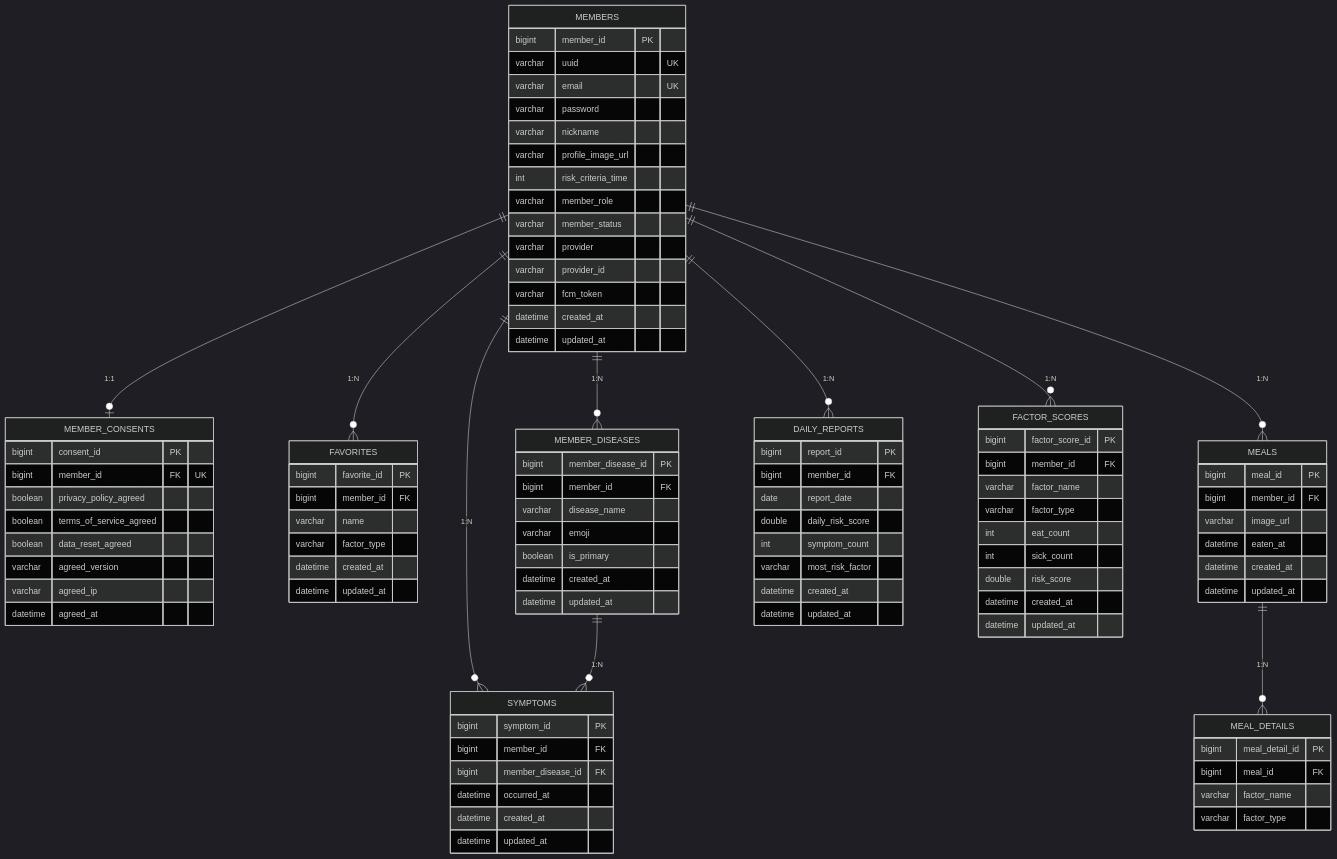
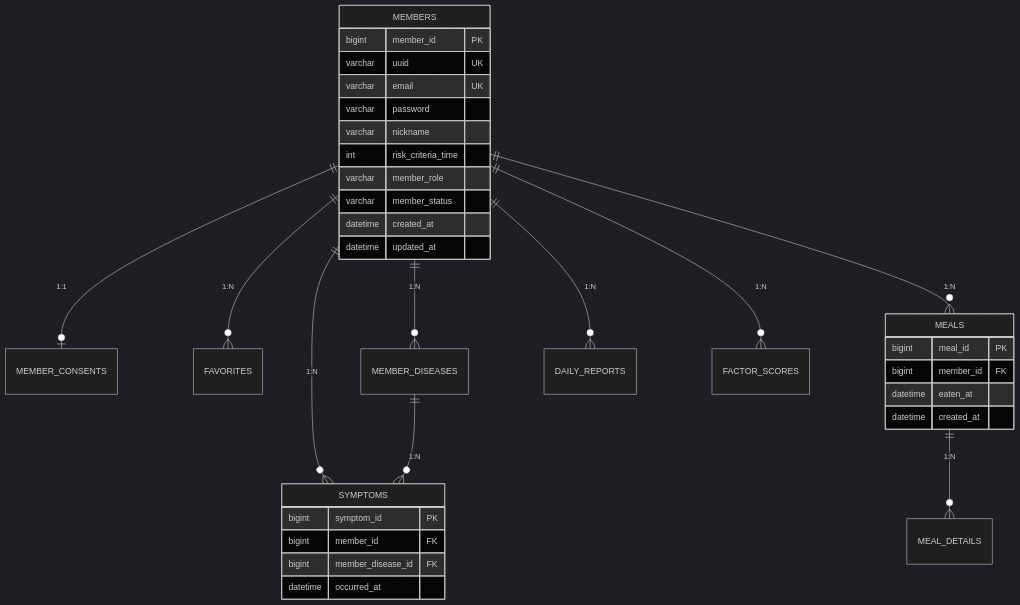
One commit to Bona-Stella/backend-docs-hub changed the diagram in welog/ERD_V1.0.md. Above: the diagram before and after it, drawn with Mermaid (dark theme). The commit also changed other lines of this file, not shown here.

````diff
--- a/welog/ERD_V1.0.md
+++ b/welog/ERD_V1.0.md
@@ -173,52 +38,17 @@
     MEMBERS ||--o{ FACTOR_SCORES : "1:N"
 
     MEALS ||--o{ MEAL_DETAILS : "1:N"
-
     MEMBER_DISEASES ||--o{ SYMPTOMS : "1:N"
 
     MEMBERS {
         bigint member_id PK
-        varchar uuid "UK"
-        varchar email "UK"
+        varchar uuid UK
+        varchar email UK
         varchar password
         varchar nickname
-        varchar profile_image_url
         int risk_criteria_time
         varchar member_role
         varchar member_status
-        varchar provider
-        varchar provider_id
-        varchar fcm_token
-        datetime created_at
-        datetime updated_at
-    }
-
-    MEMBER_CONSENTS {
-        bigint consent_id PK
-        bigint member_id FK "UK"
-        boolean privacy_policy_agreed
-        boolean terms_of_service_agreed
-        boolean data_reset_agreed
-        varchar agreed_version
-        varchar agreed_ip
-        datetime agreed_at
-    }
-
-    FAVORITES {
-        bigint favorite_id PK
-        bigint member_id FK
-        varchar name
-        varchar factor_type
-        datetime created_at
-        datetime updated_at
-    }
-
-    MEMBER_DISEASES {
-        bigint member_disease_id PK
-        bigint member_id FK
-        varchar disease_name
-        varchar emoji
-        boolean is_primary
         datetime created_at
         datetime updated_at
     }
@@ -226,17 +56,8 @@
     MEALS {
         bigint meal_id PK
         bigint member_id FK
-        varchar image_url
         datetime eaten_at
         datetime created_at
-        datetime updated_at
-    }
-
-    MEAL_DETAILS {
-        bigint meal_detail_id PK
-        bigint meal_id FK
-        varchar factor_name
-        varchar factor_type
     }
 
     SYMPTOMS {
@@ -244,30 +65,5 @@
         bigint member_id FK
         bigint member_disease_id FK
         datetime occurred_at
-        datetime created_at
-        datetime updated_at
-    }
-
-    DAILY_REPORTS {
-        bigint report_id PK
-        bigint member_id FK
-        date report_date
-        double daily_risk_score
-        int symptom_count
-        varchar most_risk_factor
-        datetime created_at
-        datetime updated_at
-    }
-
-    FACTOR_SCORES {
-        bigint factor_score_id PK
-        bigint member_id FK
-        varchar factor_name
-        varchar factor_type
-        int eat_count
-        int sick_count
-        double risk_score
-        datetime created_at
-        datetime updated_at
     }
 ```
````
